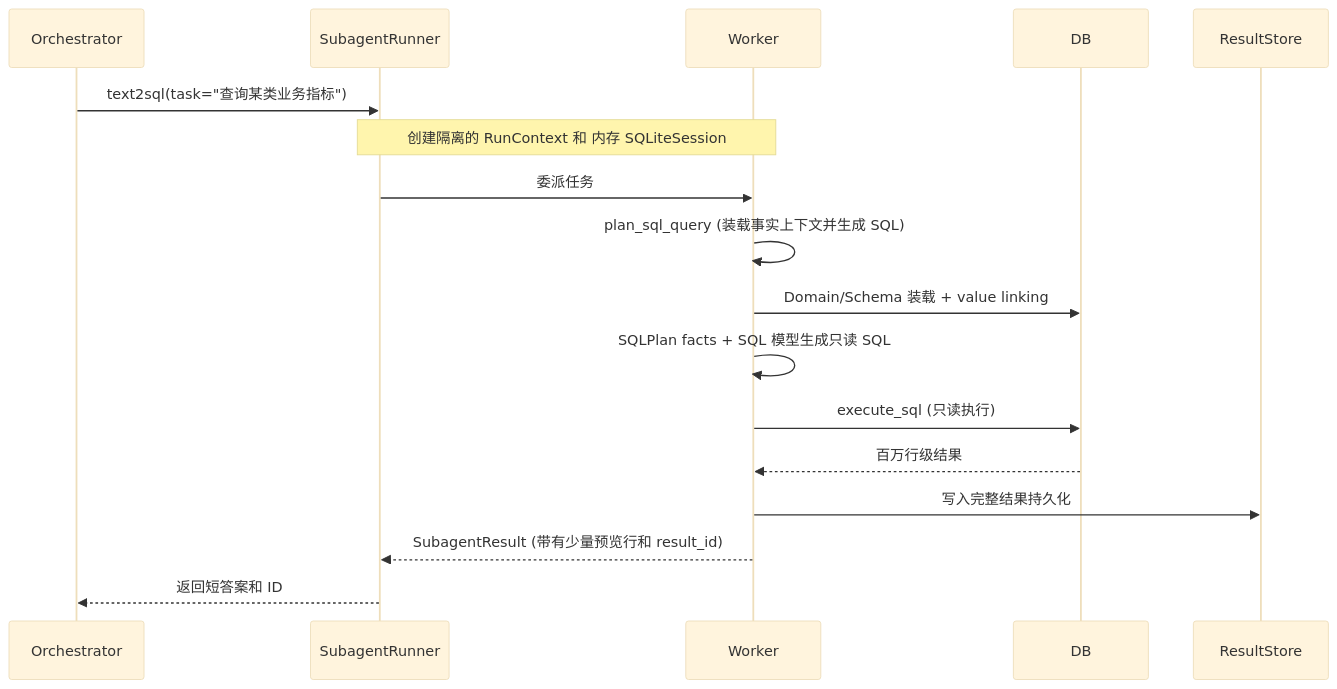
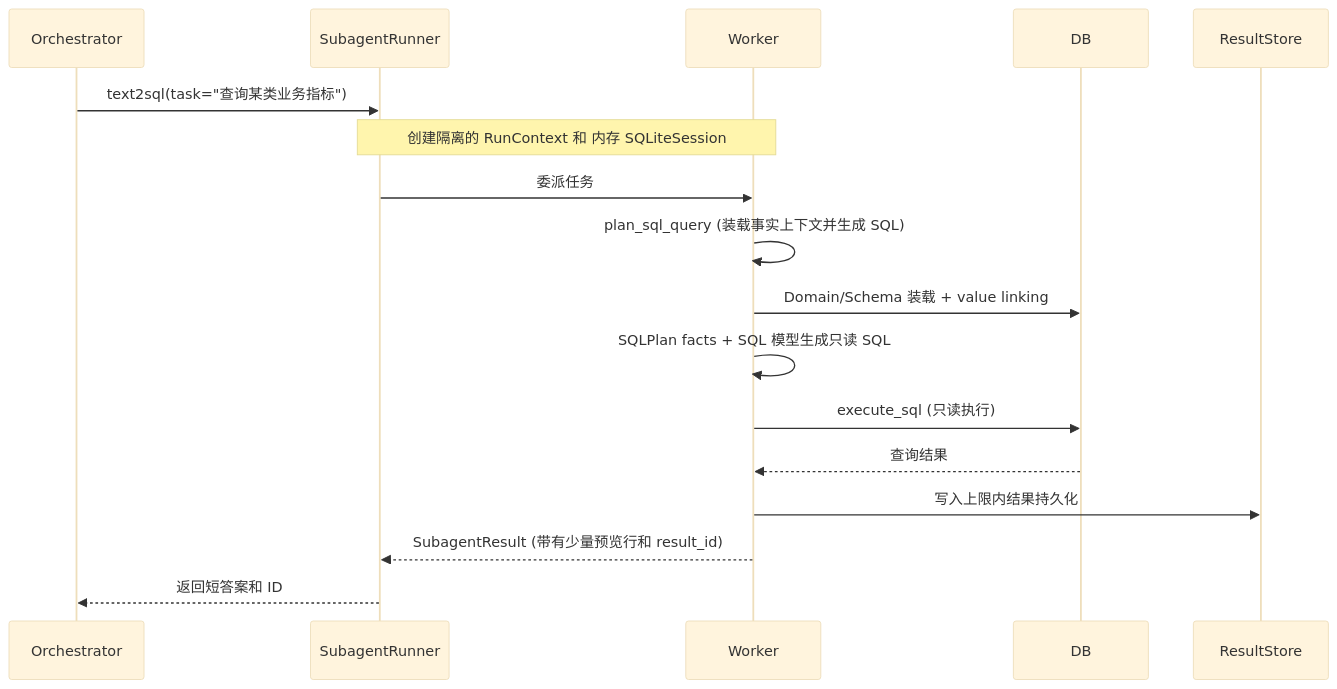
Before and after one commit to chick26/agentweave: the diagram in docs/architecture/05-text2sql-subagent.md, drawn with Mermaid (base theme). The commit also changed other lines of this file and 71 other files, not shown here.

````diff
--- a/docs/architecture/05-text2sql-subagent.md
+++ b/docs/architecture/05-text2sql-subagent.md
@@ -15,14 +15,14 @@
 ```mermaid
 sequenceDiagram
     Orchestrator->>SubagentRunner: text2sql(task="查询某类业务指标")
     Note over SubagentRunner,Worker: 创建隔离的 RunContext 和 内存 SQLiteSession
     SubagentRunner->>Worker: 委派任务
     Worker->>Worker: plan_sql_query (装载事实上下文并生成 SQL)
     Worker->>DB: Domain/Schema 装载 + value linking
     Worker->>Worker: SQLPlan facts + SQL 模型生成只读 SQL
     Worker->>DB: execute_sql (只读执行)
-    DB-->>Worker: 百万行级结果
-    Worker->>ResultStore: 写入完整结果持久化
+    DB-->>Worker: 查询结果
+    Worker->>ResultStore: 写入上限内结果持久化
     Worker-->>SubagentRunner: SubagentResult (带有少量预览行和 result_id)
     SubagentRunner-->>Orchestrator: 返回短答案和 ID
 ```
````
